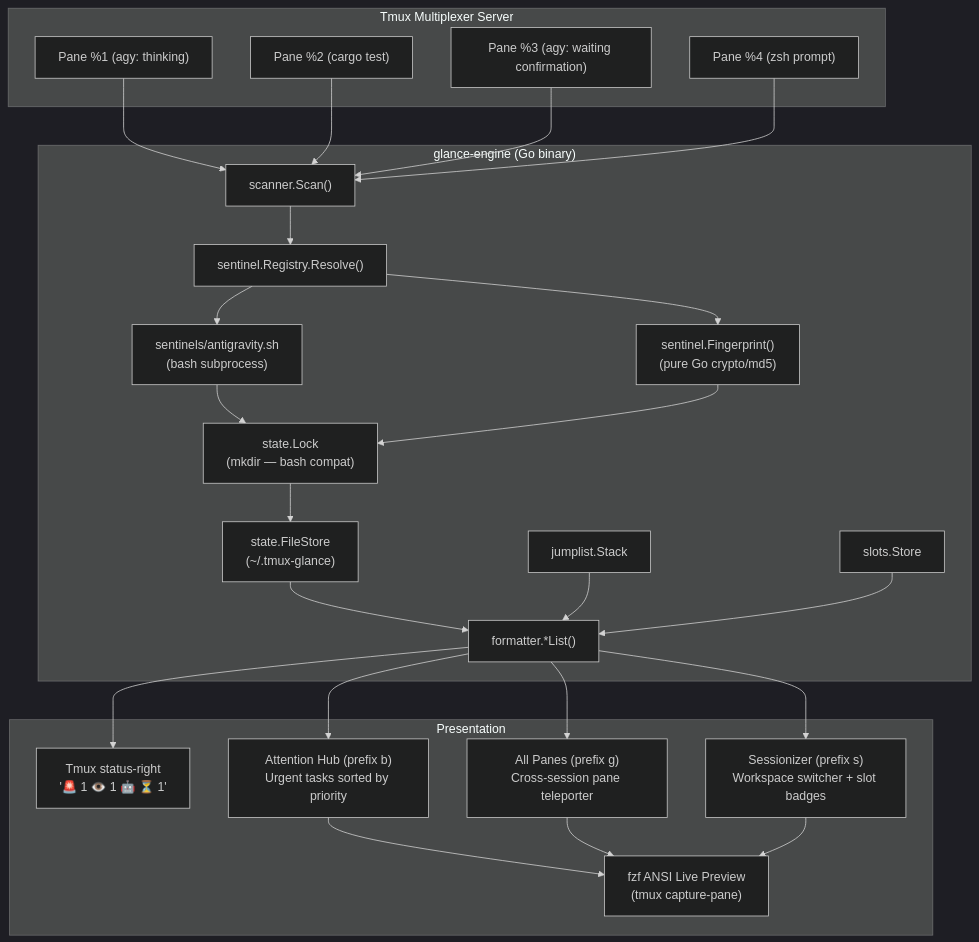
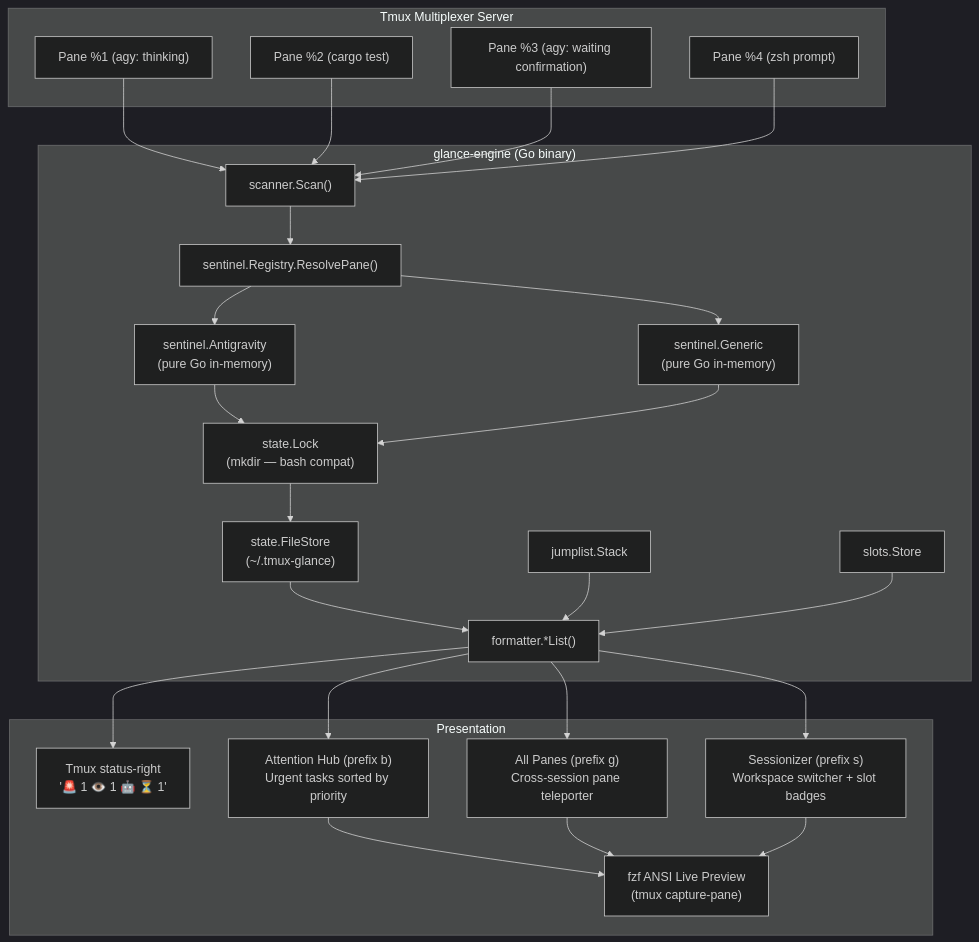
One commit to mhutchinson/tmux-glance changed the diagram in DESIGN.md. Above: the diagram before and after it, drawn with Mermaid (dark theme). The commit also changed other lines of this file and 19 other files, not shown here.

First line of the commit message:
refactor(sentinel): port antigravity to native Go and add process tree inspection (closes #3)

````diff
--- a/DESIGN.md
+++ b/DESIGN.md
@@ -73,44 +68,44 @@
 ```mermaid
 flowchart TD
     subgraph Tmux Multiplexer Server
         P1["Pane %1 (agy: thinking)"]
         P2["Pane %2 (cargo test)"]
         P3["Pane %3 (agy: waiting confirmation)"]
         P4["Pane %4 (zsh prompt)"]
     end
 
     subgraph glance-engine ["glance-engine (Go binary)"]
         Scan["scanner.Scan()"]
-        Router["sentinel.Registry.Resolve()"]
-        S_AGY["sentinels/antigravity.sh\n(bash subprocess)"]
-        S_GEN["sentinel.Fingerprint()\n(pure Go crypto/md5)"]
+        Router["sentinel.Registry.ResolvePane()"]
+        S_AGY["sentinel.Antigravity\n(pure Go in-memory)"]
+        S_GEN["sentinel.Generic\n(pure Go in-memory)"]
         Lock["state.Lock\n(mkdir — bash compat)"]
         State["state.FileStore\n(~/.tmux-glance)"]
         JL["jumplist.Stack"]
         Slots["slots.Store"]
         Fmt["formatter.*List()"]
     end
 
     subgraph Presentation
         Status["Tmux status-right\n'🚨 1  👁️ 1  🤖 ⏳ 1'"]
         Hub["Attention Hub (prefix b)\nUrgent tasks sorted by priority"]
         Fleet["All Panes (prefix g)\nCross-session pane teleporter"]
         Sessions["Sessionizer (prefix s)\nWorkspace switcher + slot badges"]
         Preview["fzf ANSI Live Preview\n(tmux capture-pane)"]
     end
 
     P1 & P2 & P3 & P4 --> Scan
     Scan --> Router
     Router --> S_AGY
     Router --> S_GEN
     S_AGY & S_GEN --> Lock
     Lock --> State
     State --> Fmt
     Fmt --> Status
     Fmt --> Hub
     Fmt --> Fleet
     Fmt --> Sessions
     JL --> Fmt
     Slots --> Fmt
     Hub & Fleet & Sessions --> Preview
 ```
````
